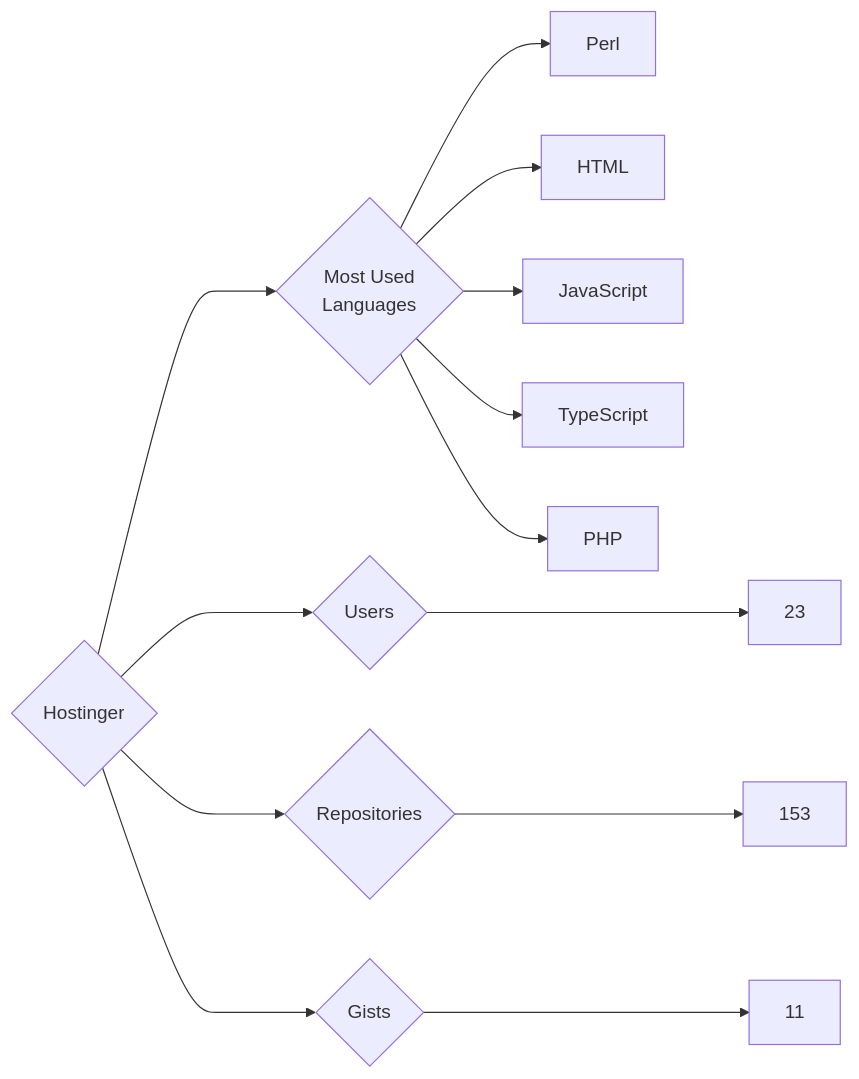
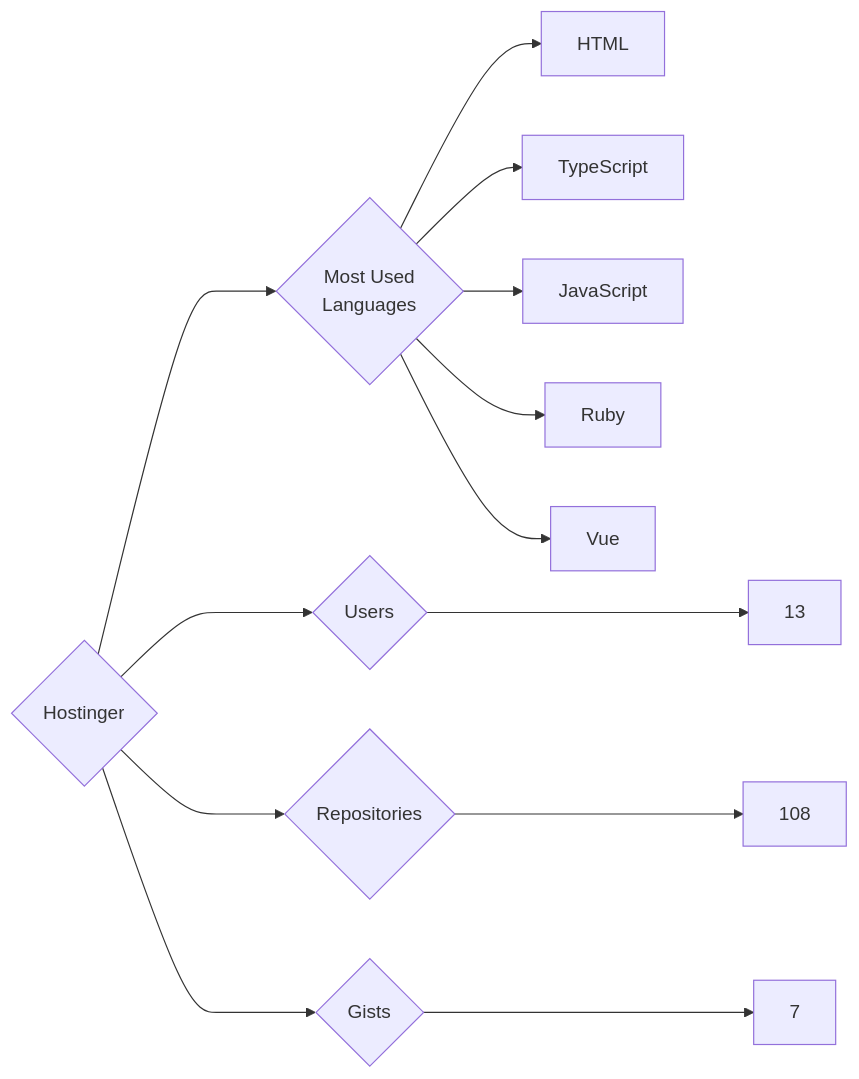
The diagram in targets/Hostinger/README.md (trickest/insiders), drawn with Mermaid before and after one commit. The commit also changed 553 other files, not shown here.

````diff
--- a/targets/Hostinger/README.md
+++ b/targets/Hostinger/README.md
@@ -3,13 +3,13 @@
 ```mermaid
 graph LR
 COMPANY_NAME{Hostinger}
-COMPANY_NAME ---> U{Users} ---> UN[23]
-COMPANY_NAME ---> R{Repositories} ---> RN[153]
-COMPANY_NAME ---> G{Gists} ---> GN[11]
+COMPANY_NAME ---> U{Users} ---> UN[13]
+COMPANY_NAME ---> R{Repositories} ---> RN[108]
+COMPANY_NAME ---> G{Gists} ---> GN[7]
 COMPANY_NAME ---> ML{Most Used<br>Languages}
-ML --> Perl[Perl]
 ML --> HTML[HTML]
+ML --> TypeScript[TypeScript]
 ML --> JavaScript[JavaScript]
-ML --> TypeScript[TypeScript]
-ML --> PHP[PHP]
+ML --> Ruby[Ruby]
+ML --> Vue[Vue]
 ```
````
